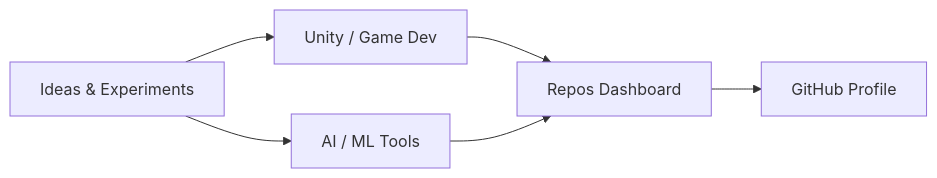
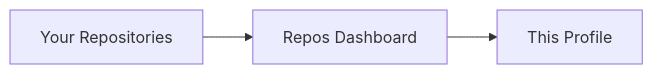
One commit to HTL2910/HTL2910 changed the diagram in README.md. Above: the diagram before and after it, drawn with Mermaid. The commit also changed other lines of this file, not shown here.

Commit message:
chore: auto-update dynamic profile

````diff
--- a/README.md
+++ b/README.md
@@ -22,8 +21,5 @@
 ```mermaid
 flowchart LR
-    IDEAS["Ideas & Experiments"] --> UNITY["Unity / Game Dev"]
-    IDEAS --> AI["AI / ML Tools"]
-    UNITY --> DASH["Repos Dashboard"]
-    AI --> DASH
-    DASH --> PROFILE["GitHub Profile"]
+    REPOS["Your Repositories"] --> DASH["Repos Dashboard"]
+    DASH --> PROFILE["This Profile"]
 ```
````
